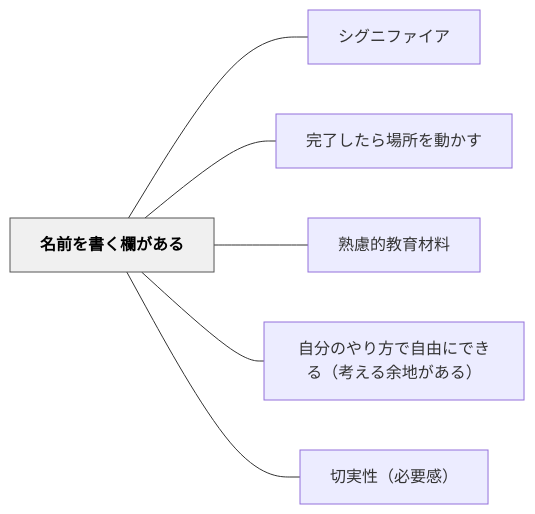
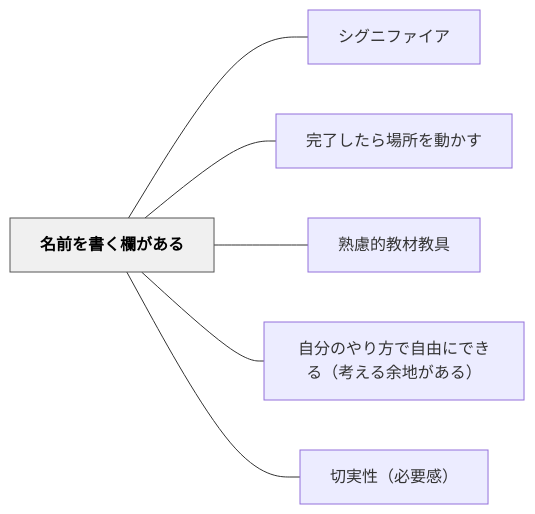
The diagram in content/パタン/名前を書く欄がある.md (unknownthings-ed-patterns/unknownthings-ed-patterns), drawn with Mermaid before and after one commit. The commit also changed other lines of this file and 72 other files, not shown here.

````diff
--- a/content/パタン/名前を書く欄がある.md
+++ b/content/パタン/名前を書く欄がある.md
@@ -48,18 +48,18 @@
 ```mermaid
 flowchart LR
     ne5908de5898de38292e69bb8e3818fe6ac84e3818ce38182e3828b["名前を書く欄がある"]
     ne382b7e382b0e3838be38395e382a1e382a4e382a2["シグニファイア"]
     ne5ae8ce4ba86e38197e3819fe38289e5a0b4e68980e38292e58b95e3818be38199["完了したら場所を動かす"]
-    ne7869fe685aee79a84e69599e882b2e69d90e69699["熟慮的教育材料"]
+    ne7869fe685aee79a84e69599e69d90e69599e585b7["熟慮的教材教具"]
     ne887aae58886e381aee38284e3828ae696b9e381a7e887aae794b1e381abe381a7e3818de3828befbc88e88083e38188e3828be4bd99e59cb0e3818ce38182e3828befbc89["自分のやり方で自由にできる（考える余地がある）"]
     ne58887e5ae9fe680a7efbc88e5bf85e8a681e6849fefbc89["切実性（必要感）"]
 
     ne5908de5898de38292e69bb8e3818fe6ac84e3818ce38182e3828b --- ne382b7e382b0e3838be38395e382a1e382a4e382a2
     ne5908de5898de38292e69bb8e3818fe6ac84e3818ce38182e3828b --- ne5ae8ce4ba86e38197e3819fe38289e5a0b4e68980e38292e58b95e3818be38199
-    ne5908de5898de38292e69bb8e3818fe6ac84e3818ce38182e3828b --- ne7869fe685aee79a84e69599e882b2e69d90e69699
+    ne5908de5898de38292e69bb8e3818fe6ac84e3818ce38182e3828b --- ne7869fe685aee79a84e69599e69d90e69599e585b7
     ne5908de5898de38292e69bb8e3818fe6ac84e3818ce38182e3828b --- ne887aae58886e381aee38284e3828ae696b9e381a7e887aae794b1e381abe381a7e3818de3828befbc88e88083e38188e3828be4bd99e59cb0e3818ce38182e3828befbc89
     ne5908de5898de38292e69bb8e3818fe6ac84e3818ce38182e3828b --- ne58887e5ae9fe680a7efbc88e5bf85e8a681e6849fefbc89
 
     classDef hub fill:#f0f0f0,stroke:#555,color:#000,font-weight:bold
     class ne5908de5898de38292e69bb8e3818fe6ac84e3818ce38182e3828b hub
 ```
````
